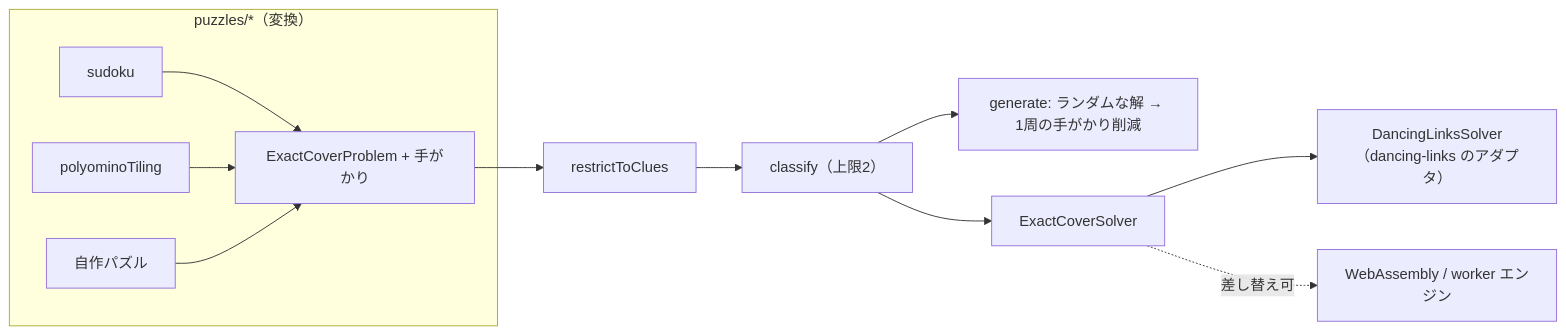
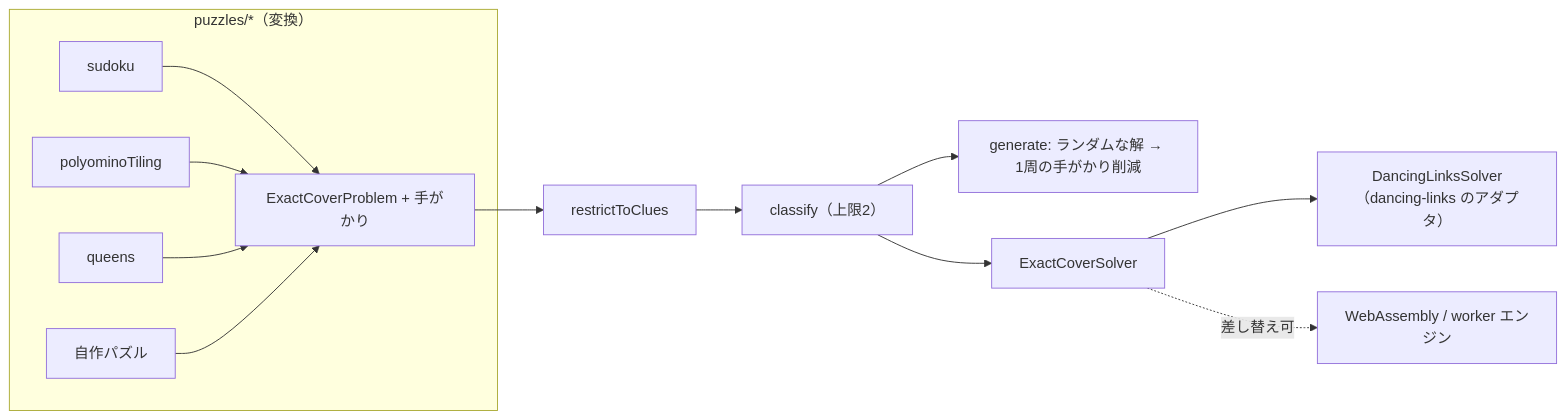
One commit to RakiaStudio/Unica changed the diagram in README.ja.md. Above: the diagram before and after it, drawn with Mermaid. The commit also changed other lines of this file and 24 other files, not shown here.

````diff
--- a/README.ja.md
+++ b/README.ja.md
@@ -194,15 +225,16 @@
 ```mermaid
 flowchart LR
   subgraph puzzles["puzzles/*（変換）"]
     S[sudoku] --> P
     T[polyominoTiling] --> P
+    Q[queens] --> P
     U[自作パズル] --> P
   end
   P[ExactCoverProblem + 手がかり]
   P --> R[restrictToClues]
   R --> C["classify（上限2）"]
   C --> G[generate: ランダムな解 → 1周の手がかり削減]
   C --> E[ExactCoverSolver]
   E --> D["DancingLinksSolver（dancing-links のアダプタ）"]
   E -. 差し替え可 .-> W[WebAssembly / worker エンジン]
 ```
````
